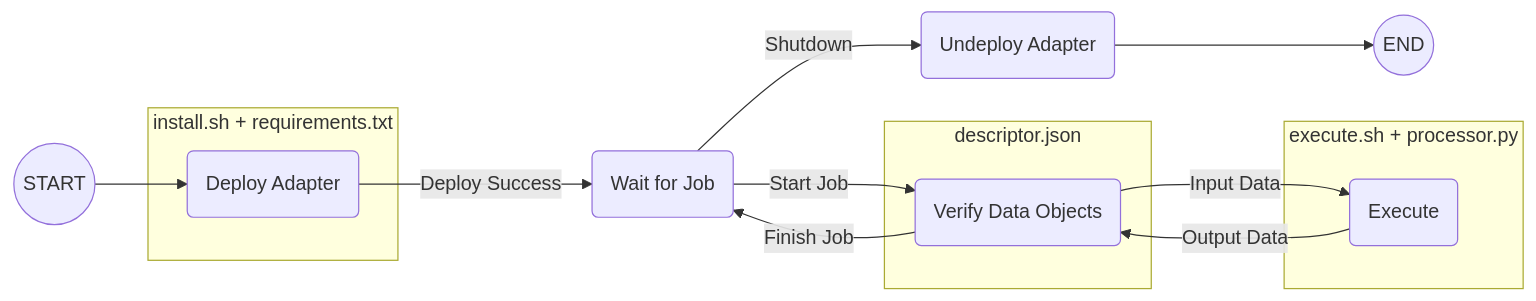
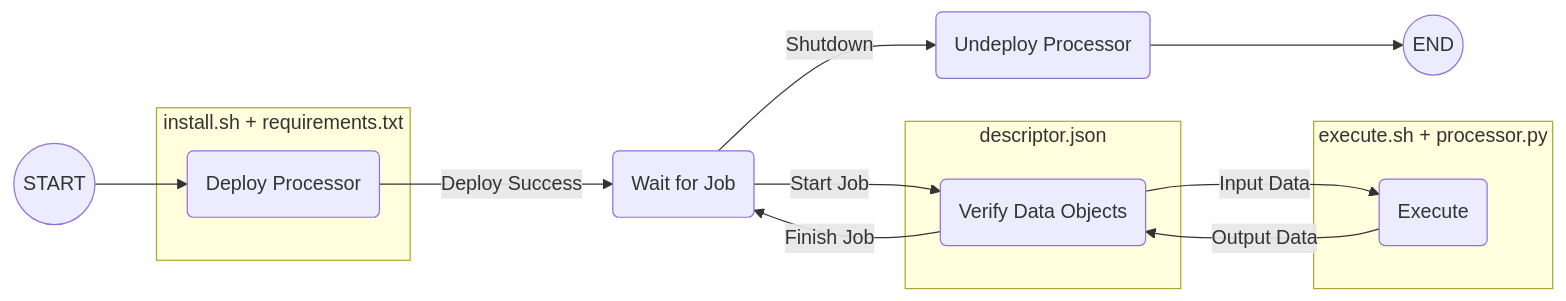
Before and after one commit to cooling-singapore/saas-middleware: the diagram in README.md, drawn with Mermaid. The commit also changed other lines of this file, not shown here.

````diff
--- a/README.md
+++ b/README.md
@@ -645,20 +830,20 @@
 ```mermaid
 flowchart LR
   subgraph install.sh + requirements.txt
   A
   end
   subgraph descriptor.json
   C
   end
   subgraph execute.sh + processor.py
   D
   end
-  1((START))-->A(Deploy Adapter)
+  1((START))-->A(Deploy Processor)
   A--Deploy Success-->B(Wait for Job)
   B--Start Job-->C(Verify Data Objects)
   C--Finish Job-->B
   C--Input Data-->D(Execute)
   D--Output Data-->C
-  B--Shutdown-->E(Undeploy Adapter)
+  B--Shutdown-->E(Undeploy Processor)
   E-->2((END))
 ```
````
